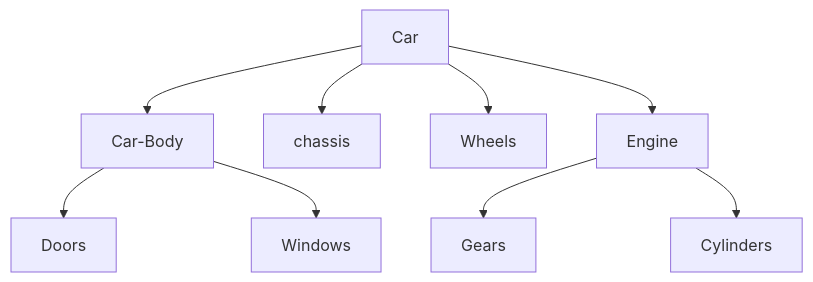
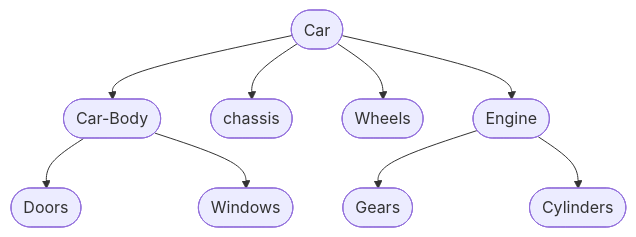
One commit to Trent-Fellbootman/dev000 changed the second of 3 diagrams in docs/developer-mindset/hierarchy.md. Above: the diagram before and after it, drawn with Mermaid. The commit also changed other lines of this file and 3 other files, not shown here.

Commit message:
Update mermaid blocks for better idioms

````diff
--- a/docs/developer-mindset/hierarchy.md
+++ b/docs/developer-mindset/hierarchy.md
@@ -140,16 +140,14 @@
 ```mermaid
 graph TD
 
-Car
+A([Car]) --> B([Car-Body])
+A --> E([chassis])
+A --> F([Wheels])
+A --> C([Engine])
 
-Car --> Car-Body
-Car --> chassis
-Car --> Wheels
-Car --> Engine
+B --> G([Doors])
+B --> H([Windows])
 
-Car-Body --> Doors
-Car-Body --> Windows
-
-Engine --> Gears
-Engine --> Cylinders
+C --> I([Gears])
+C --> J([Cylinders])
 ```
````
